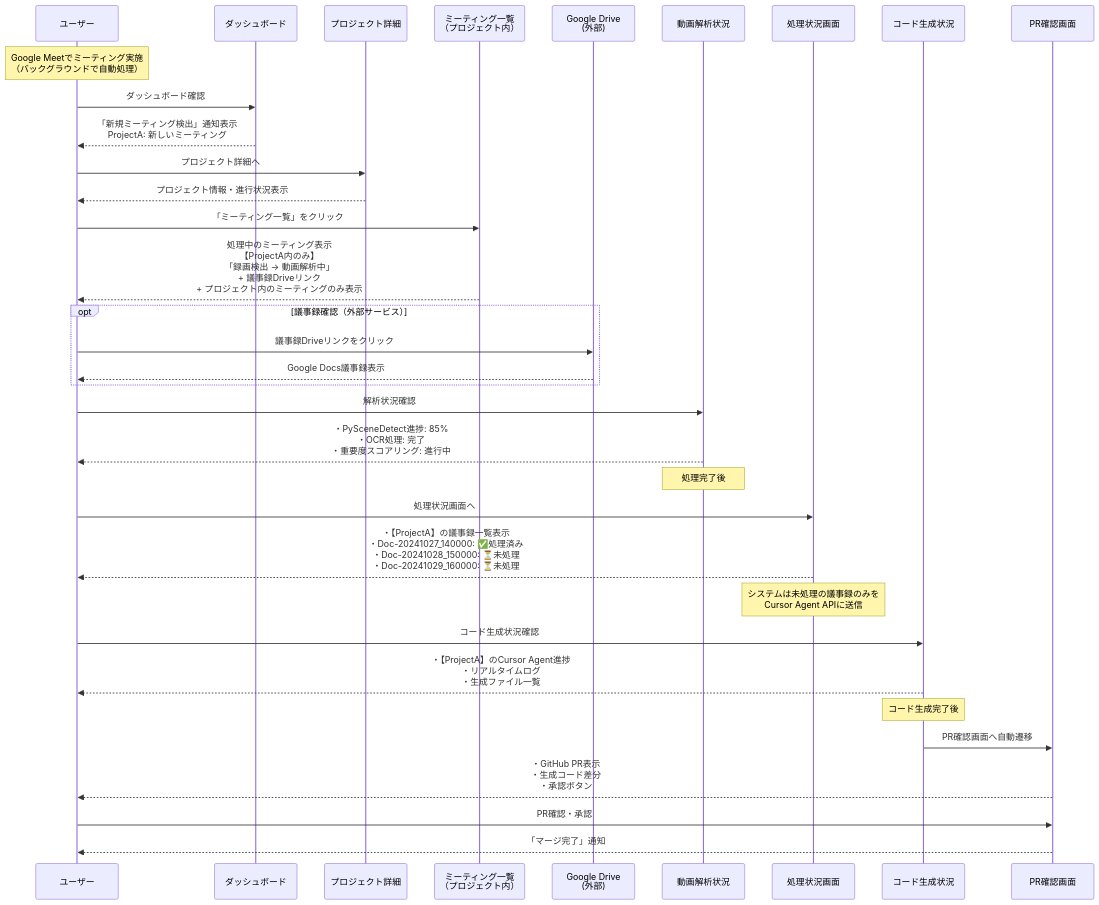
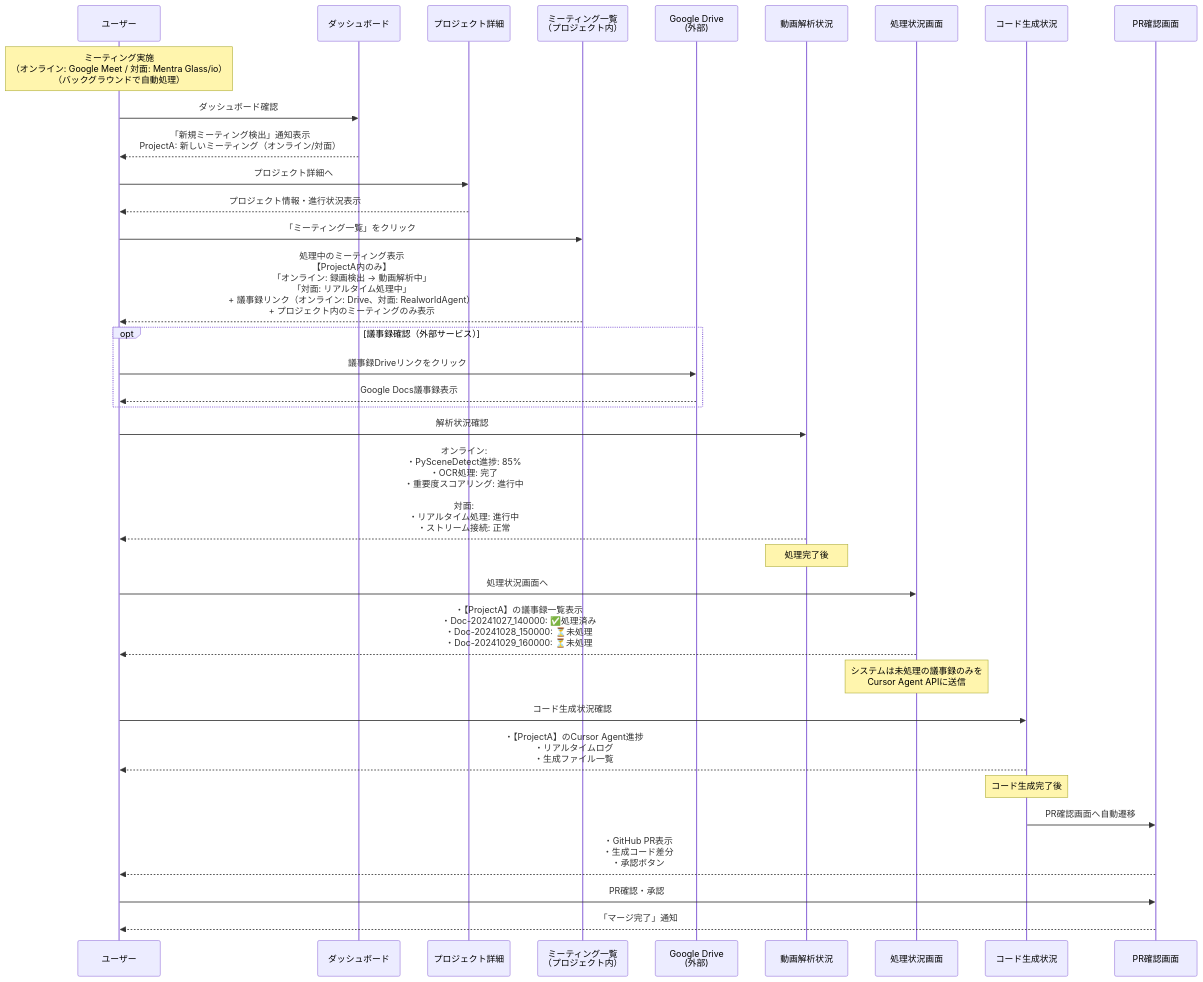
Diagram 11 of 11 in docs/RealworldAgent_Diagrams.md (supertask/MentraAgent), drawn with Mermaid before and after one commit. The commit also changed other lines of this file and 14 other files, not shown here.

````diff
--- a/docs/RealworldAgent_Diagrams.md
+++ b/docs/RealworldAgent_Diagrams.md
@@ -1015,49 +1284,49 @@
 ```mermaid
 sequenceDiagram
     participant User as ユーザー
     participant Dashboard as ダッシュボード
     participant ProjectDetail as プロジェクト詳細
     participant MeetingList as ミーティング一覧<br/>（プロジェクト内）
     participant GoogleDrive as Google Drive<br/>(外部)
     participant VideoAnalysis as 動画解析状況
     participant ProcessingStatus as 処理状況画面
     participant CodeGenStatus as コード生成状況
     participant PRView as PR確認画面
     
-    Note over User: Google Meetでミーティング実施<br/>（バックグラウンドで自動処理）
+    Note over User: ミーティング実施<br/>（オンライン: Google Meet / 対面: Mentra Glass/io）<br/>（バックグラウンドで自動処理）
     
     User->>Dashboard: ダッシュボード確認
-    Dashboard-->>User: 「新規ミーティング検出」通知表示<br/>ProjectA: 新しいミーティング
+    Dashboard-->>User: 「新規ミーティング検出」通知表示<br/>ProjectA: 新しいミーティング（オンライン/対面）
     
     User->>ProjectDetail: プロジェクト詳細へ
     ProjectDetail-->>User: プロジェクト情報・進行状況表示
     
     User->>MeetingList: 「ミーティング一覧」をクリック
-    MeetingList-->>User: 処理中のミーティング表示<br/>【ProjectA内のみ】<br/>「録画検出 → 動画解析中」<br/>+ 議事録Driveリンク<br/>+ プロジェクト内のミーティングのみ表示
+    MeetingList-->>User: 処理中のミーティング表示<br/>【ProjectA内のみ】<br/>「オンライン: 録画検出 → 動画解析中」<br/>「対面: リアルタイム処理中」<br/>+ 議事録リンク（オンライン: Drive、対面: RealworldAgent）<br/>+ プロジェクト内のミーティングのみ表示
     
     opt 議事録確認（外部サービス）
         User->>GoogleDrive: 議事録Driveリンクをクリック
         GoogleDrive-->>User: Google Docs議事録表示
     end
     
     User->>VideoAnalysis: 解析状況確認
-    VideoAnalysis-->>User: ・PySceneDetect進捗: 85%<br/>・OCR処理: 完了<br/>・重要度スコアリング: 進行中
+    VideoAnalysis-->>User: オンライン:<br/>・PySceneDetect進捗: 85%<br/>・OCR処理: 完了<br/>・重要度スコアリング: 進行中<br/><br/>対面:<br/>・リアルタイム処理: 進行中<br/>・ストリーム接続: 正常
     
     Note over VideoAnalysis: 処理完了後
     
     User->>ProcessingStatus: 処理状況画面へ
     ProcessingStatus-->>User: ・【ProjectA】の議事録一覧表示<br/>・Doc-20241027_140000: ✅処理済み<br/>・Doc-20241028_150000: ⏳未処理<br/>・Doc-20241029_160000: ⏳未処理
     
     Note over ProcessingStatus: システムは未処理の議事録のみを<br/>Cursor Agent APIに送信
     
     User->>CodeGenStatus: コード生成状況確認
     CodeGenStatus-->>User: ・【ProjectA】のCursor Agent進捗<br/>・リアルタイムログ<br/>・生成ファイル一覧
     
     Note over CodeGenStatus: コード生成完了後
     
     CodeGenStatus->>PRView: PR確認画面へ自動遷移
     PRView-->>User: ・GitHub PR表示<br/>・生成コード差分<br/>・承認ボタン
     
     User->>PRView: PR確認・承認
     PRView-->>User: 「マージ完了」通知
 ```
````
